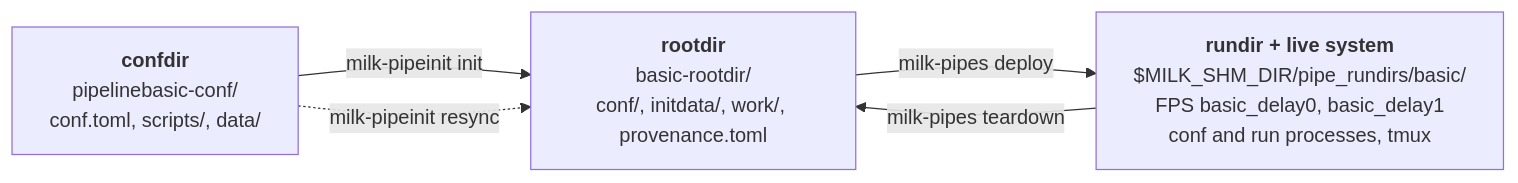
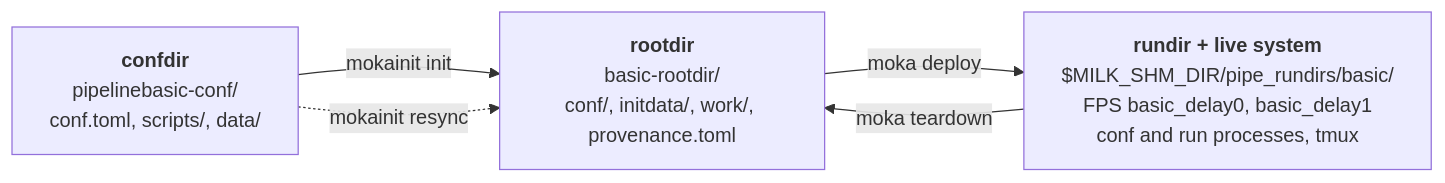
The diagram in docs/guide/pipelines.md (milk-org/milk), drawn with Mermaid before and after one commit. The commit also changed other lines of this file and 76 other files, not shown here.

````diff
--- a/docs/guide/pipelines.md
+++ b/docs/guide/pipelines.md
@@ -26,10 +26,10 @@
 ```mermaid
 flowchart LR
     CD["<b>confdir</b><br/>pipelinebasic-conf/<br/>conf.toml, scripts/, data/"]
     RD["<b>rootdir</b><br/>basic-rootdir/<br/>conf/, initdata/, work/, provenance.toml"]
     RUN["<b>rundir + live system</b><br/>$MILK_SHM_DIR/pipe_rundirs/basic/<br/>FPS basic_delay0, basic_delay1<br/>conf and run processes, tmux"]
-    CD -- "milk-pipeinit init" --> RD
-    CD -. "milk-pipeinit resync" .-> RD
-    RD -- "milk-pipes deploy" --> RUN
-    RUN -- "milk-pipes teardown" --> RD
+    CD -- "mokainit init" --> RD
+    CD -. "mokainit resync" .-> RD
+    RD -- "moka deploy" --> RUN
+    RUN -- "moka teardown" --> RD
 ```
````
